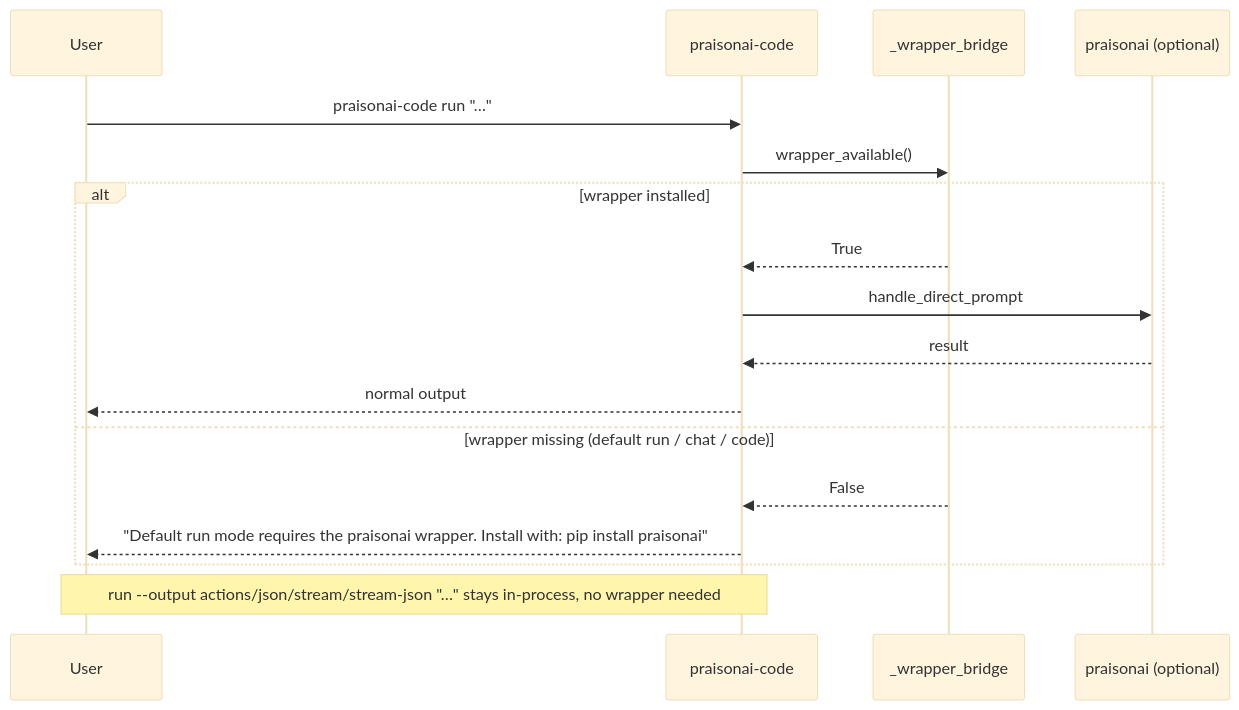
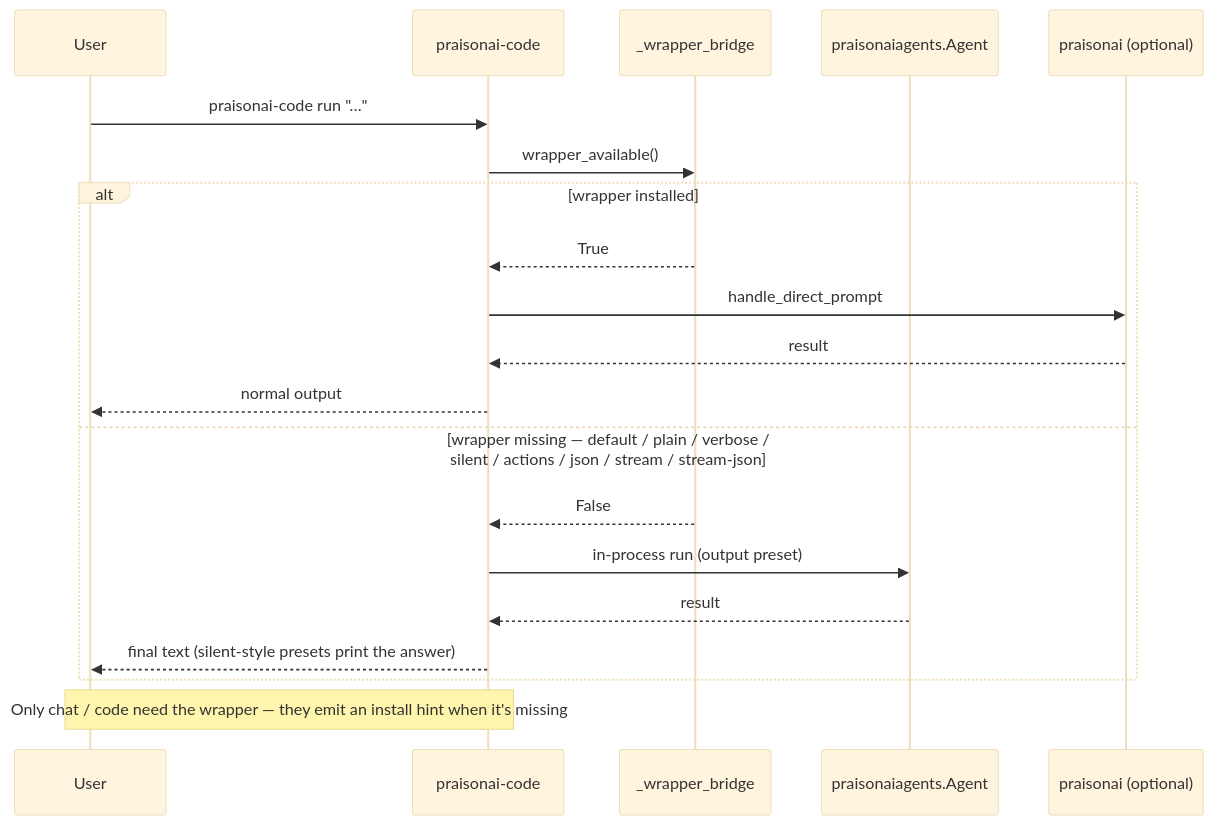
The third of 3 diagrams in docs/features/praisonai-code-cli.mdx (MervinPraison/PraisonAIDocs), drawn with Mermaid (base theme) before and after one commit. The commit also changed other lines of this file and 5 other files, not shown here.

First line of the commit message:
docs: correct standalone praisonai-code run text-mode gate (fixes #1815)

````diff
--- a/docs/features/praisonai-code-cli.mdx
+++ b/docs/features/praisonai-code-cli.mdx
@@ -114,20 +113,23 @@
 ```mermaid
 sequenceDiagram
     participant User
     participant CLI as praisonai-code
     participant Bridge as _wrapper_bridge
+    participant Agent as praisonaiagents.Agent
     participant Wrapper as praisonai (optional)
 
     User->>CLI: praisonai-code run "…"
     CLI->>Bridge: wrapper_available()
     alt wrapper installed
         Bridge-->>CLI: True
         CLI->>Wrapper: handle_direct_prompt
         Wrapper-->>CLI: result
         CLI-->>User: normal output
-    else wrapper missing (default run / chat / code)
+    else wrapper missing — default / plain / verbose / silent / actions / json / stream / stream-json
         Bridge-->>CLI: False
-        CLI-->>User: "Default run mode requires the praisonai wrapper. Install with: pip install praisonai"
+        CLI->>Agent: in-process run (output preset)
+        Agent-->>CLI: result
+        CLI-->>User: final text (silent-style presets print the answer)
     end
-    Note over User,CLI: run --output actions/json/stream/stream-json "…" stays in-process, no wrapper needed
+    Note over User,CLI: Only chat / code need the wrapper — they emit an install hint when it's missing
 ```
````
